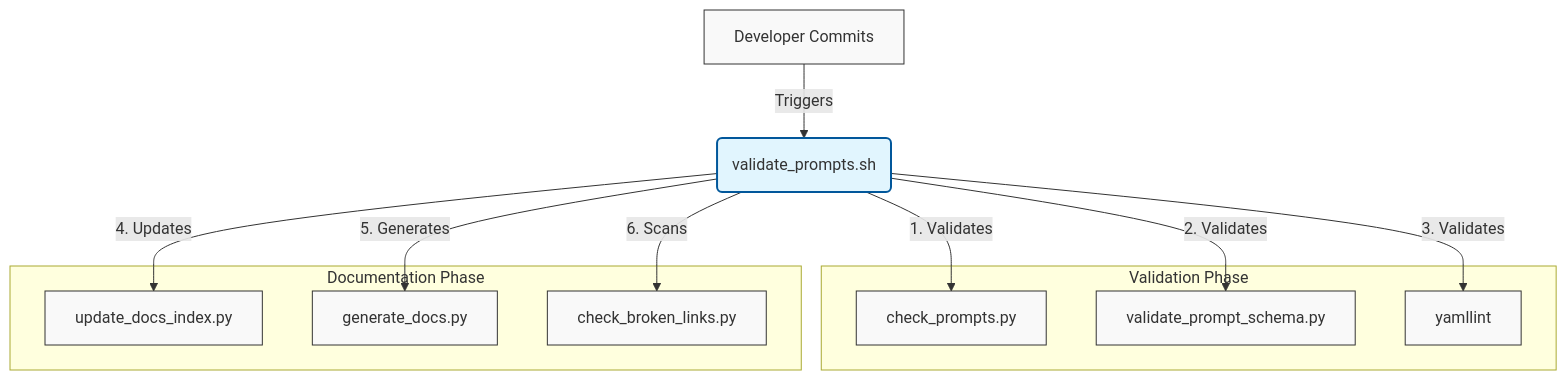
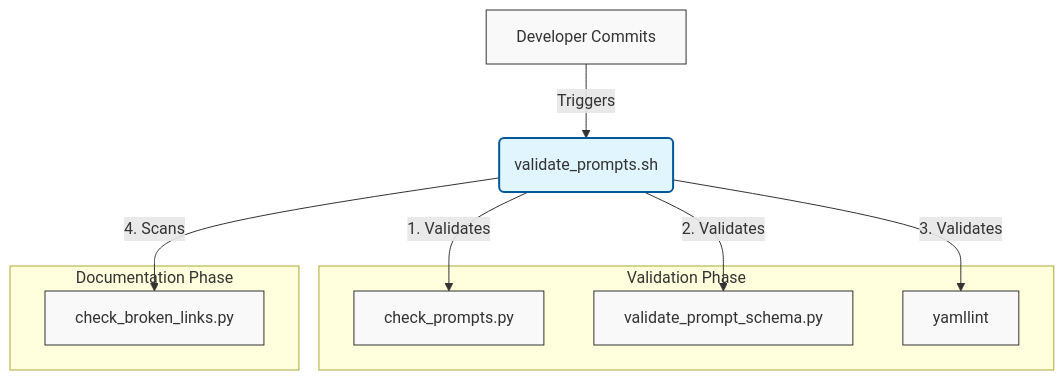
One commit to fderuiter/proompts changed the diagram in tools/tools/scripts/README.md. Above: the diagram before and after it, drawn with Mermaid. The commit also changed 8 other files, not shown here.

````diff
--- a/tools/tools/scripts/README.md
+++ b/tools/tools/scripts/README.md
@@ -21,29 +21,25 @@
 ```mermaid
 graph TD
     %% Define Nodes
     A[Developer Commits] -->|Triggers| B(validate_prompts.sh)
 
     subgraph "Validation Phase"
         C1[check_prompts.py]
         C2[validate_prompt_schema.py]
         C3[yamllint]
     end
 
     subgraph "Documentation Phase"
-        D1[update_docs_index.py]
-        D2[generate_docs.py]
         D3[check_broken_links.py]
     end
 
     B -->|1. Validates| C1
     B -->|2. Validates| C2
     B -->|3. Validates| C3
 
-    B -->|4. Updates| D1
-    B -->|5. Generates| D2
-    B -->|6. Scans| D3
+    B -->|4. Scans| D3
 
     classDef default fill:#f9f9f9,stroke:#333,stroke-width:1px;
     classDef highlight fill:#e1f5fe,stroke:#01579b,stroke-width:2px;
     class B highlight;
 ```
````
